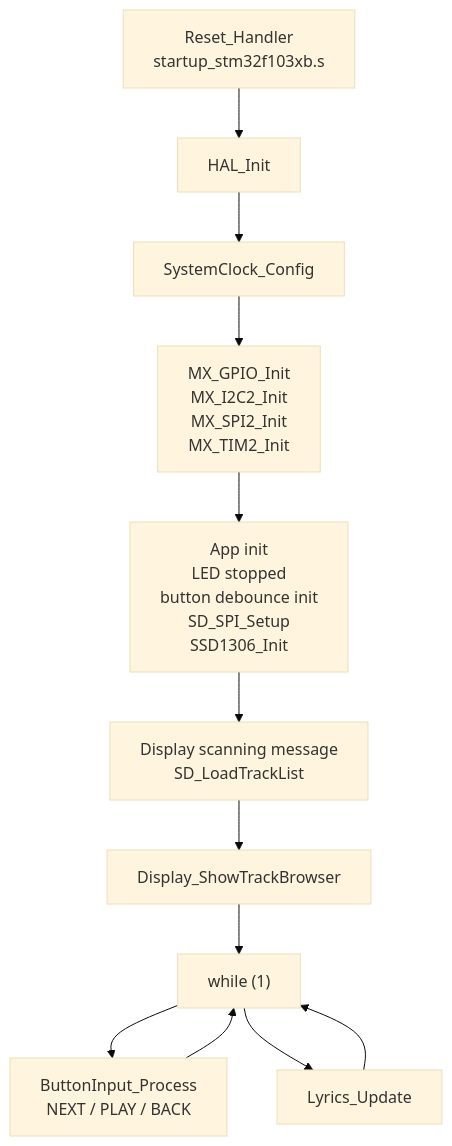
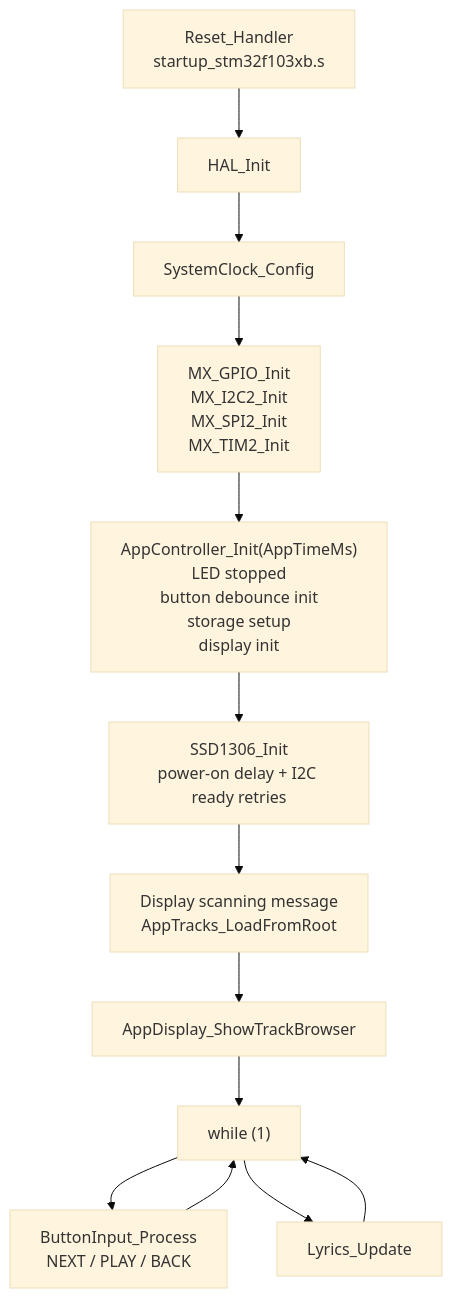
The third of 11 diagrams in AGENTS.md (oscarsg29/lyrics_display), drawn with Mermaid (base theme) before and after one commit. The commit also changed other lines of this file and 22 other files, not shown here.

Commit message:
Isolate app architecture and harden display startup

````diff
--- a/AGENTS.md
+++ b/AGENTS.md
@@ -72,17 +98,18 @@
 ```mermaid
 flowchart TD
     Reset["Reset_Handler<br/>startup_stm32f103xb.s"]
     HALInit["HAL_Init"]
     Clock["SystemClock_Config"]
     Peripherals["MX_GPIO_Init<br/>MX_I2C2_Init<br/>MX_SPI2_Init<br/>MX_TIM2_Init"]
-    AppInit["App init<br/>LED stopped<br/>button debounce init<br/>SD_SPI_Setup<br/>SSD1306_Init"]
-    Scan["Display scanning message<br/>SD_LoadTrackList"]
-    Browser["Display_ShowTrackBrowser"]
+    AppInit["AppController_Init(AppTimeMs)<br/>LED stopped<br/>button debounce init<br/>storage setup<br/>display init"]
+    OLEDInit["SSD1306_Init<br/>power-on delay + I2C ready retries"]
+    Scan["Display scanning message<br/>AppTracks_LoadFromRoot"]
+    Browser["AppDisplay_ShowTrackBrowser"]
     Loop["while (1)"]
     Buttons["ButtonInput_Process<br/>NEXT / PLAY / BACK"]
     Lyrics["Lyrics_Update"]
 
-    Reset --> HALInit --> Clock --> Peripherals --> AppInit --> Scan --> Browser --> Loop
+    Reset --> HALInit --> Clock --> Peripherals --> AppInit --> OLEDInit --> Scan --> Browser --> Loop
     Loop --> Buttons --> Loop
     Loop --> Lyrics --> Loop
 ```
````
